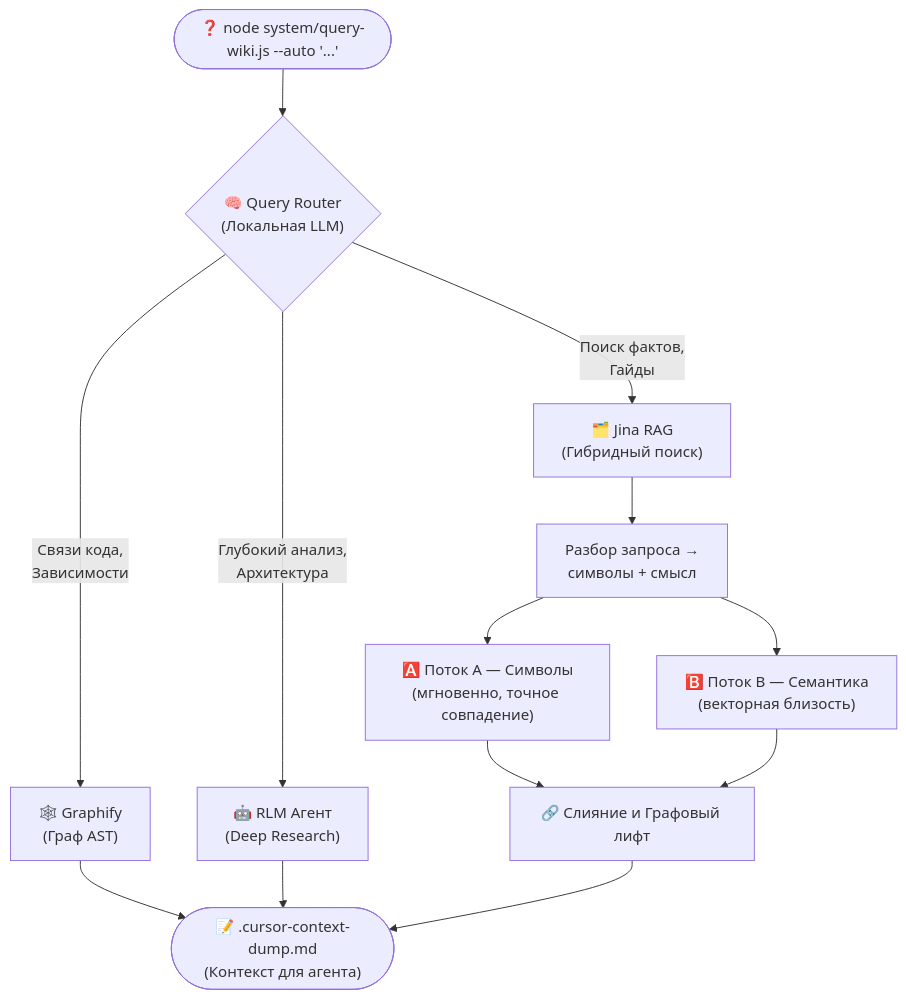
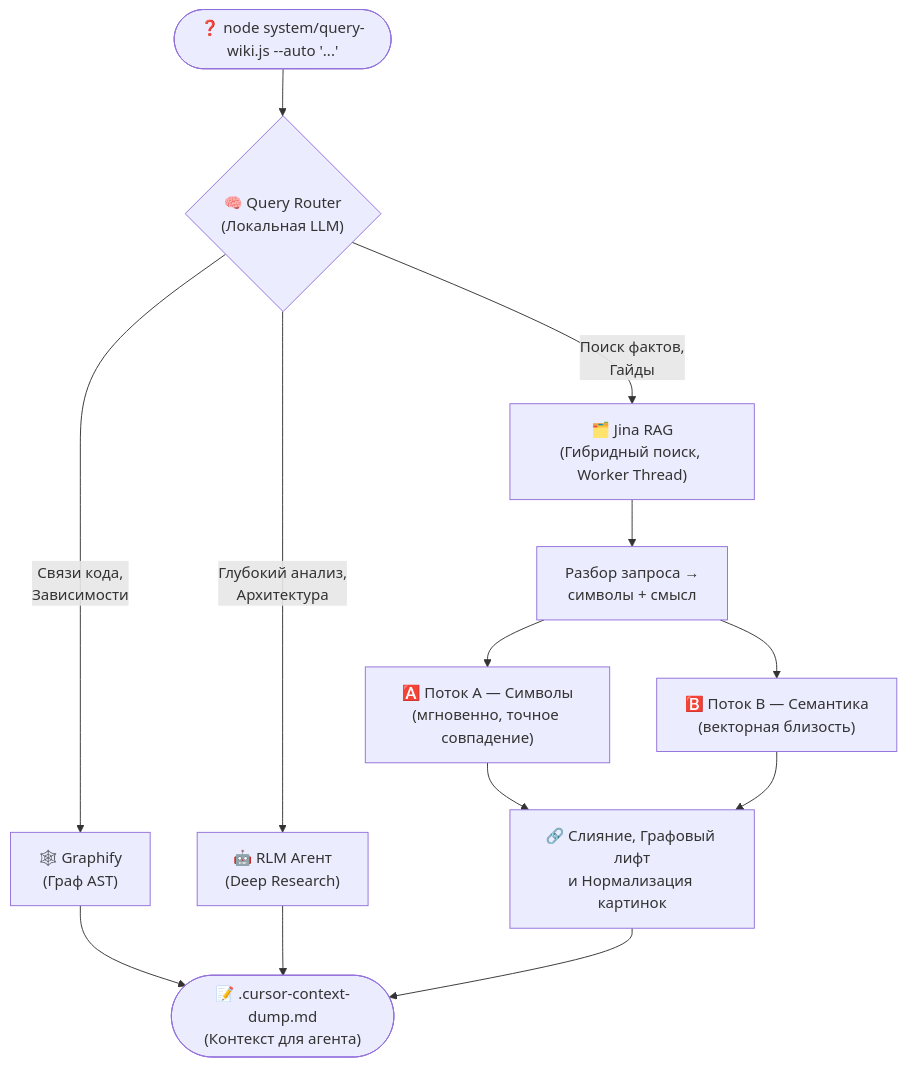
The eighth of 11 diagrams in README.ru.md (gDavASko/DavASkoLLMWiki), drawn with Mermaid before and after one commit. The commit also changed other lines of this file and 41 other files, not shown here.

````diff
--- a/README.ru.md
+++ b/README.ru.md
@@ -196,15 +196,15 @@
 ```mermaid
 flowchart TD
     Q(["❓ node system/query-wiki.js --auto '...'"]) --> ROUTER{"🧠 Query Router<br/>(Локальная LLM)"}
     
     ROUTER -->|Связи кода,<br/>Зависимости| G["🕸️ Graphify<br/>(Граф AST)"]
     ROUTER -->|Глубокий анализ,<br/>Архитектура| RLM["🤖 RLM Агент<br/>(Deep Research)"]
-    ROUTER -->|Поиск фактов,<br/>Гайды| RAG["🗂️ Jina RAG<br/>(Гибридный поиск)"]
+    ROUTER -->|Поиск фактов,<br/>Гайды| RAG["🗂️ Jina RAG<br/>(Гибридный поиск, Worker Thread)"]
 
     RAG --> P["Разбор запроса →<br/>символы + смысл"]
     P --> A["🅰️ Поток A — Символы<br/>(мгновенно, точное совпадение)"]
     P --> B["🅱️ Поток B — Семантика<br/>(векторная близость)"]
-    A & B --> MERGE["🔗 Слияние и Графовый лифт"]
+    A & B --> MERGE["🔗 Слияние, Графовый лифт<br/>и Нормализация картинок"]
 
     G & RLM & MERGE --> DUMP(["📝 .cursor-context-dump.md<br/>(Контекст для агента)"])
 ```
````
